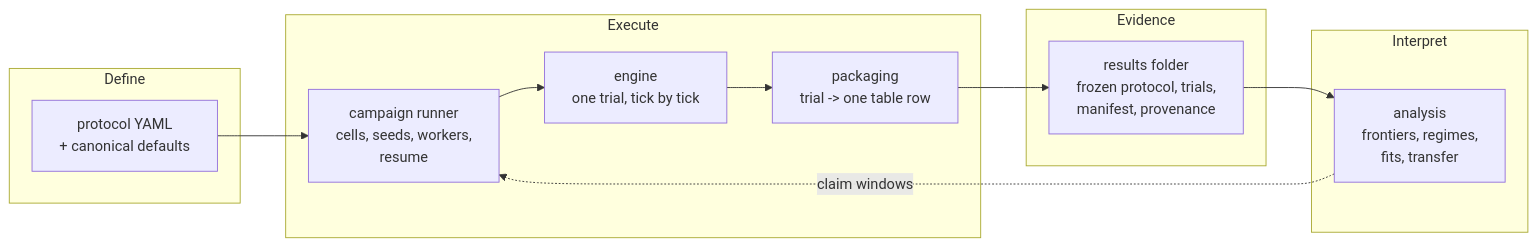
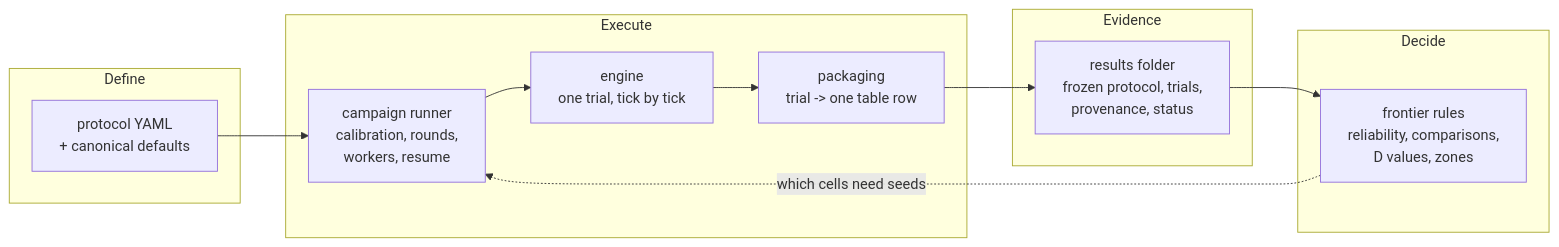
One commit to lykimq/HerdSim changed the first of 3 diagrams in docs/codes/architecture.md. Above: the diagram before and after it, drawn with Mermaid. The commit also changed other lines of this file and 728 other files, not shown here.

````diff
--- a/docs/codes/architecture.md
+++ b/docs/codes/architecture.md
@@ -17,24 +17,24 @@
 ```mermaid
 flowchart LR
     subgraph define["Define"]
         P["protocol YAML<br/>+ canonical defaults"]
     end
     subgraph execute["Execute"]
-        C["campaign runner<br/>cells, seeds, workers,<br/>resume"]
+        C["campaign runner<br/>calibration, rounds,<br/>workers, resume"]
         E["engine<br/>one trial, tick by tick"]
         K["packaging<br/>trial -> one table row"]
     end
     subgraph evidence["Evidence"]
-        R["results folder<br/>frozen protocol, trials,<br/>manifest, provenance"]
+        R["results folder<br/>frozen protocol, trials,<br/>provenance, status"]
     end
-    subgraph interpret["Interpret"]
-        A["analysis<br/>frontiers, regimes,<br/>fits, transfer"]
+    subgraph decide["Decide"]
+        A["frontier rules<br/>reliability, comparisons,<br/>D values, zones"]
     end
 
     P --> C
     C --> E
     E --> K
     K --> R
     R --> A
-    A -. "claim windows" .-> C
+    A -. "which cells need seeds" .-> C
 ```
````
